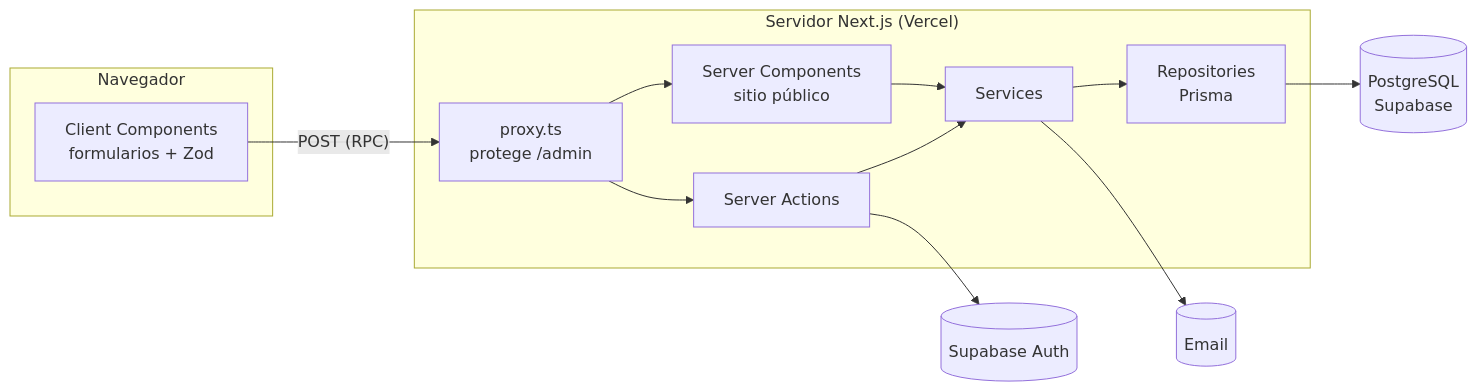
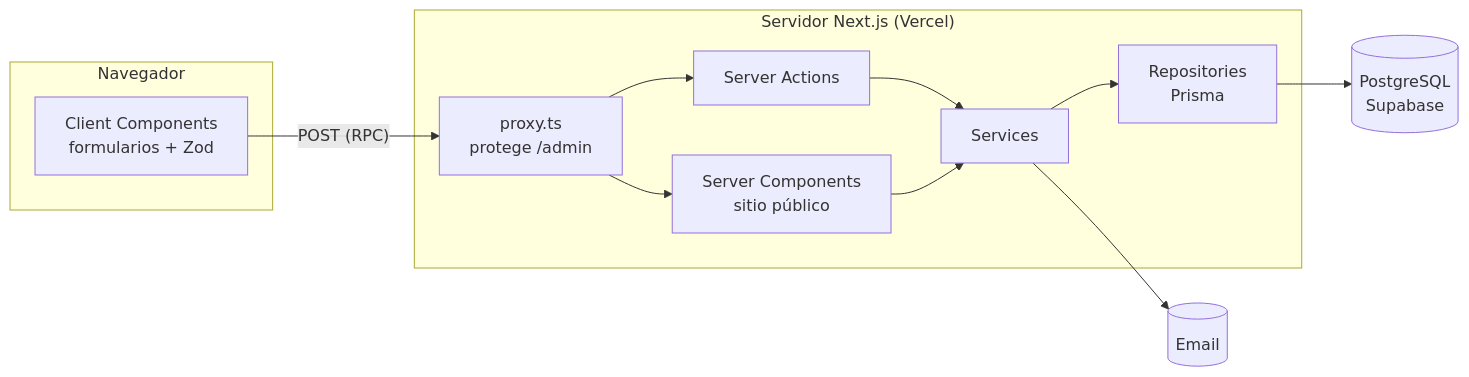
Before and after one commit to paginalichi-dot/nutri-pagina: the diagram in docs/architecture.md, drawn with Mermaid. The commit also changed other lines of this file and 13 other files, not shown here.

````diff
--- a/docs/architecture.md
+++ b/docs/architecture.md
@@ -23,25 +23,23 @@
 ```mermaid
 flowchart LR
   subgraph NAV["Navegador"]
     UI["Client Components<br/>formularios + Zod"]
   end
   subgraph SRV["Servidor Next.js (Vercel)"]
     PX["proxy.ts<br/>protege /admin"]
     RSC["Server Components<br/>sitio público"]
     SA["Server Actions"]
     SV["Services"]
     RP["Repositories<br/>Prisma"]
   end
   PG[("PostgreSQL<br/>Supabase")]
-  AU[("Supabase Auth")]
   EM[("Email")]
   UI -- "POST (RPC)" --> PX
   PX --> SA
   PX --> RSC
   SA --> SV
   RSC --> SV
   SV --> RP
   RP --> PG
-  SA --> AU
   SV --> EM
 ```
````
